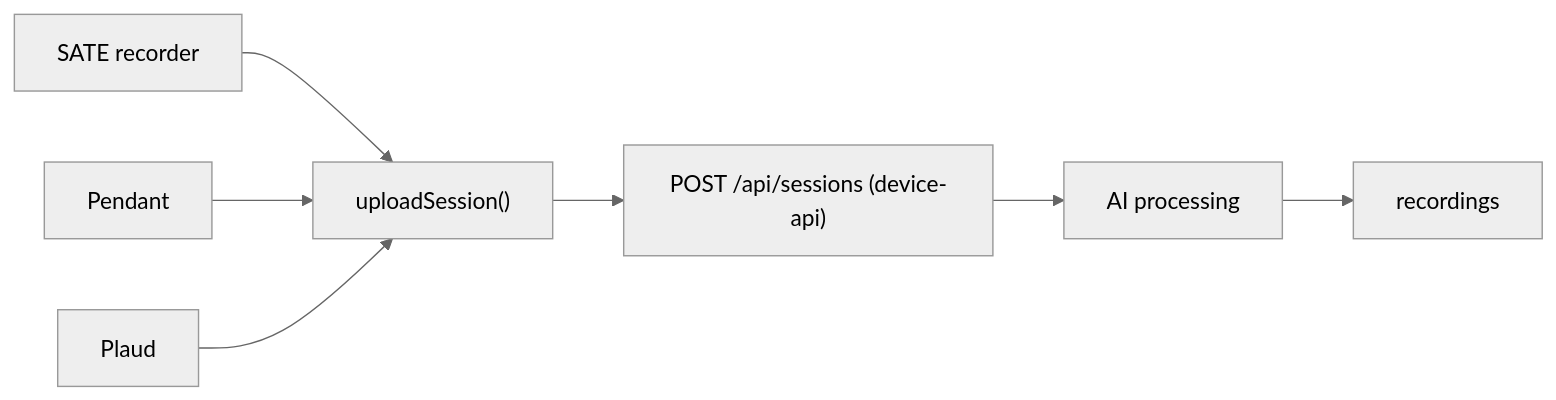
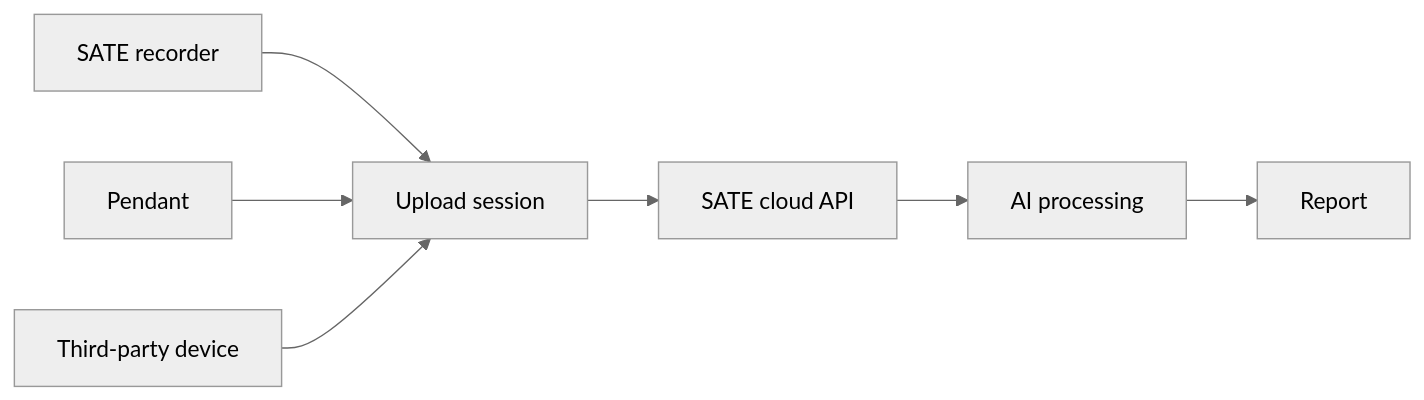
The third of 3 diagrams in docs-site/docs/guides/mobile-app.md (Longcao24/sate-companion), drawn with Mermaid (neutral theme) before and after one commit. The commit also changed other lines of this file and 17 other files, not shown here.

First line of the commit message:
docs-site: generalize published docs + add system-overview diagram

````diff
--- a/docs-site/docs/guides/mobile-app.md
+++ b/docs-site/docs/guides/mobile-app.md
@@ -178,9 +121,9 @@
 ```mermaid
 flowchart LR
-  SATE["SATE recorder"] --> UP["uploadSession()"]
+  SATE["SATE recorder"] --> UP["Upload session"]
   PEND["Pendant"] --> UP
-  PLAUD["Plaud"] --> UP
-  UP --> API["POST /api/sessions (device-api)"]
+  PLAUD["Third-party device"] --> UP
+  UP --> API["SATE cloud API"]
   API --> AI["AI processing"]
-  AI --> REC["recordings"]
+  AI --> REC["Report"]
 ```
````
